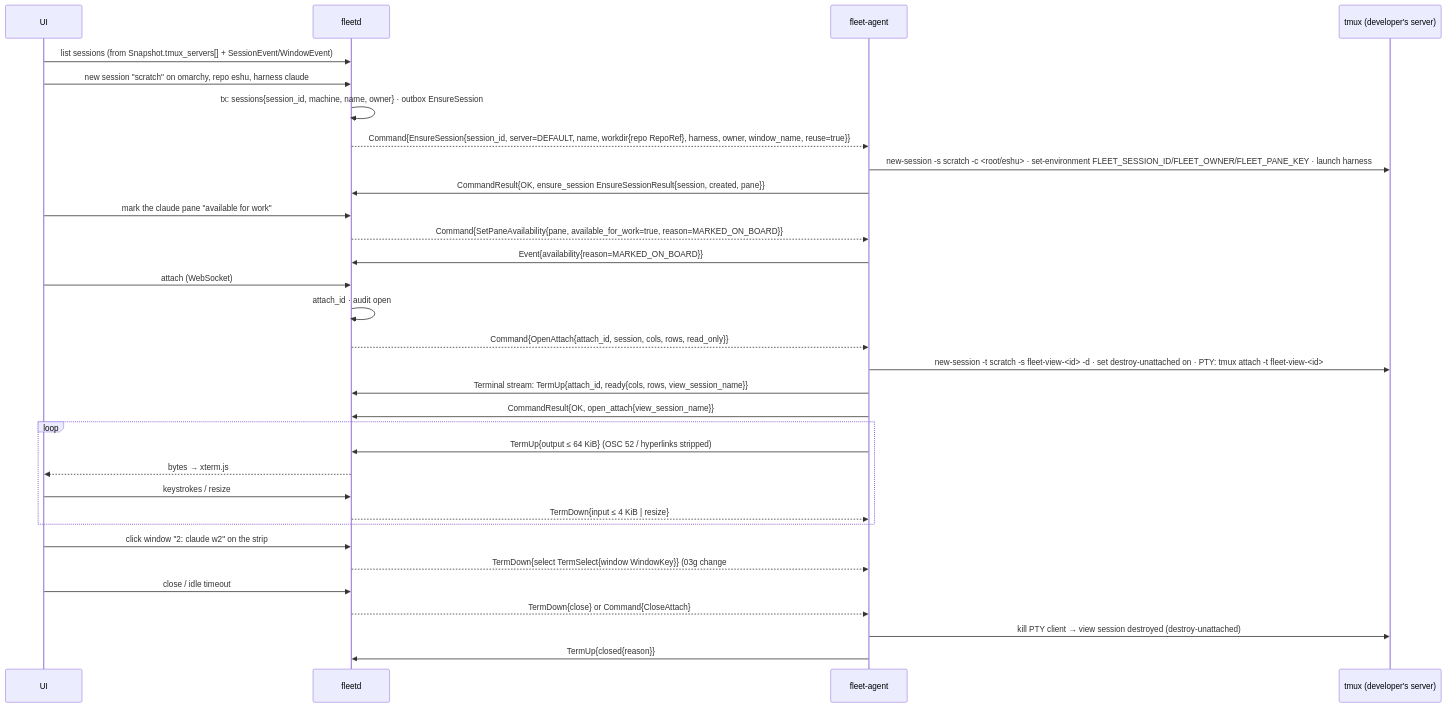
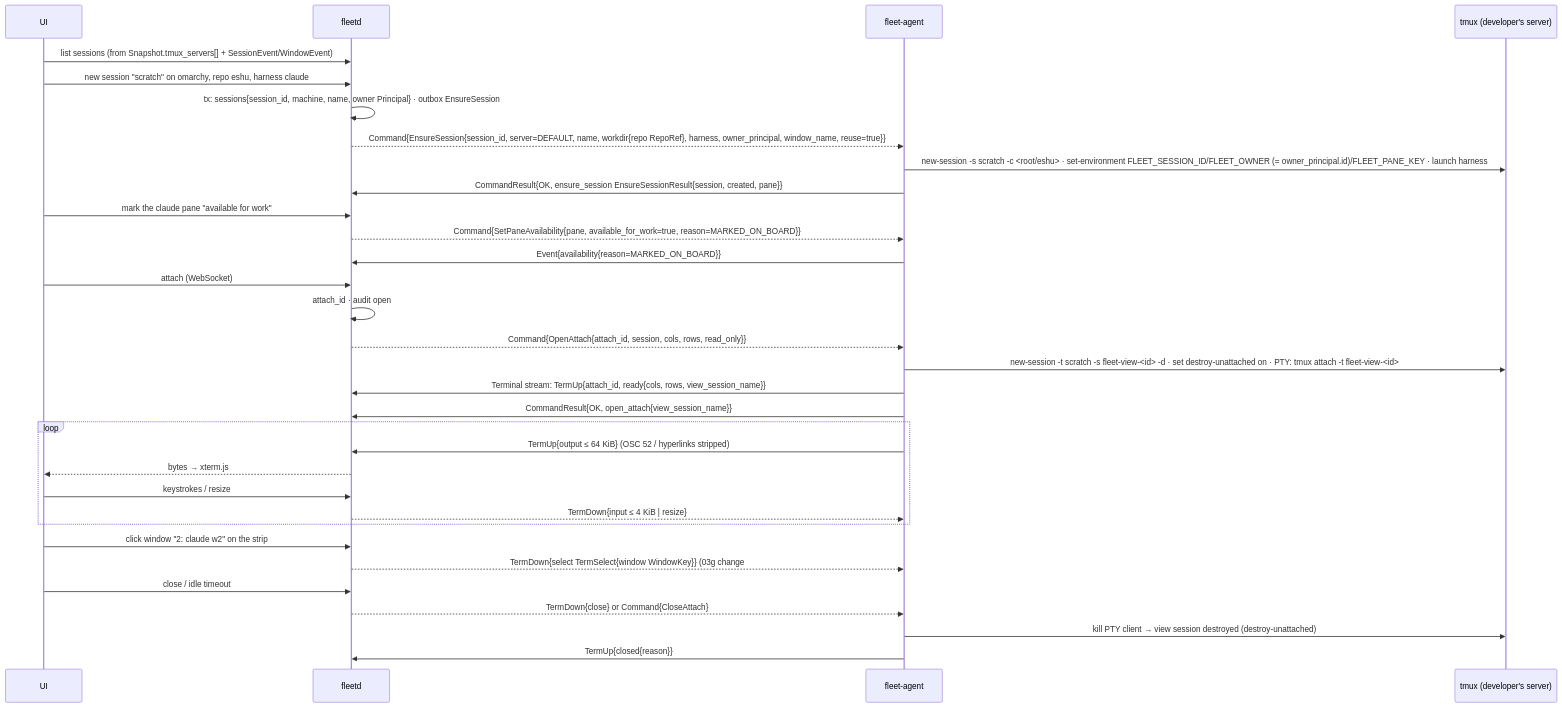
Before and after one commit to linuxdynasty/fleet-board: the third of 5 diagrams in docs/specs/03d-triage-sessions-logs.md, drawn with Mermaid. The commit also changed other lines of this file and 19 other files, not shown here.

````diff
--- a/docs/specs/03d-triage-sessions-logs.md
+++ b/docs/specs/03d-triage-sessions-logs.md
@@ -150,34 +150,34 @@
 ```mermaid
 sequenceDiagram
   participant U as UI
   participant H as fleetd
   participant A as fleet-agent
   participant T as tmux (developer's server)
   U->>H: list sessions (from Snapshot.tmux_servers[] + SessionEvent/WindowEvent)
   U->>H: new session "scratch" on omarchy, repo eshu, harness claude
-  H->>H: tx: sessions{session_id, machine, name, owner} · outbox EnsureSession
-  H-->>A: Command{EnsureSession{session_id, server=DEFAULT, name, workdir{repo RepoRef}, harness, owner, window_name, reuse=true}}
-  A->>T: new-session -s scratch -c <root/eshu> · set-environment FLEET_SESSION_ID/FLEET_OWNER/FLEET_PANE_KEY · launch harness
+  H->>H: tx: sessions{session_id, machine, name, owner Principal} · outbox EnsureSession
+  H-->>A: Command{EnsureSession{session_id, server=DEFAULT, name, workdir{repo RepoRef}, harness, owner_principal, window_name, reuse=true}}
+  A->>T: new-session -s scratch -c <root/eshu> · set-environment FLEET_SESSION_ID/FLEET_OWNER (= owner_principal.id)/FLEET_PANE_KEY · launch harness
   A->>H: CommandResult{OK, ensure_session EnsureSessionResult{session, created, pane}}
   U->>H: mark the claude pane "available for work"
   H-->>A: Command{SetPaneAvailability{pane, available_for_work=true, reason=MARKED_ON_BOARD}}
   A->>H: Event{availability{reason=MARKED_ON_BOARD}}
   U->>H: attach (WebSocket)
   H->>H: attach_id · audit open
   H-->>A: Command{OpenAttach{attach_id, session, cols, rows, read_only}}
   A->>T: new-session -t scratch -s fleet-view-<id> -d · set destroy-unattached on · PTY: tmux attach -t fleet-view-<id>
   A->>H: Terminal stream: TermUp{attach_id, ready{cols, rows, view_session_name}}
   A->>H: CommandResult{OK, open_attach{view_session_name}}
   loop
     A->>H: TermUp{output ≤ 64 KiB} (OSC 52 / hyperlinks stripped)
     H-->>U: bytes → xterm.js
     U->>H: keystrokes / resize
     H-->>A: TermDown{input ≤ 4 KiB | resize}
   end
   U->>H: click window "2: claude w2" on the strip
   H-->>A: TermDown{select TermSelect{window WindowKey}} (03g change #2, applied)
   U->>H: close / idle timeout
   H-->>A: TermDown{close} or Command{CloseAttach}
   A->>T: kill PTY client → view session destroyed (destroy-unattached)
   A->>H: TermUp{closed{reason}}
 ```
````
